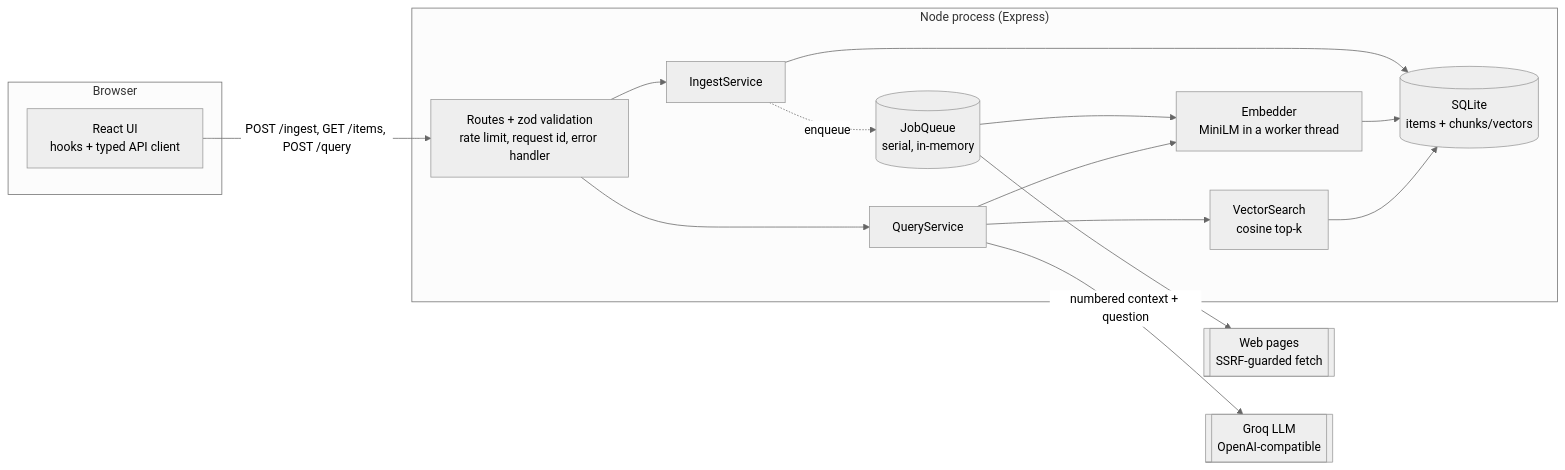
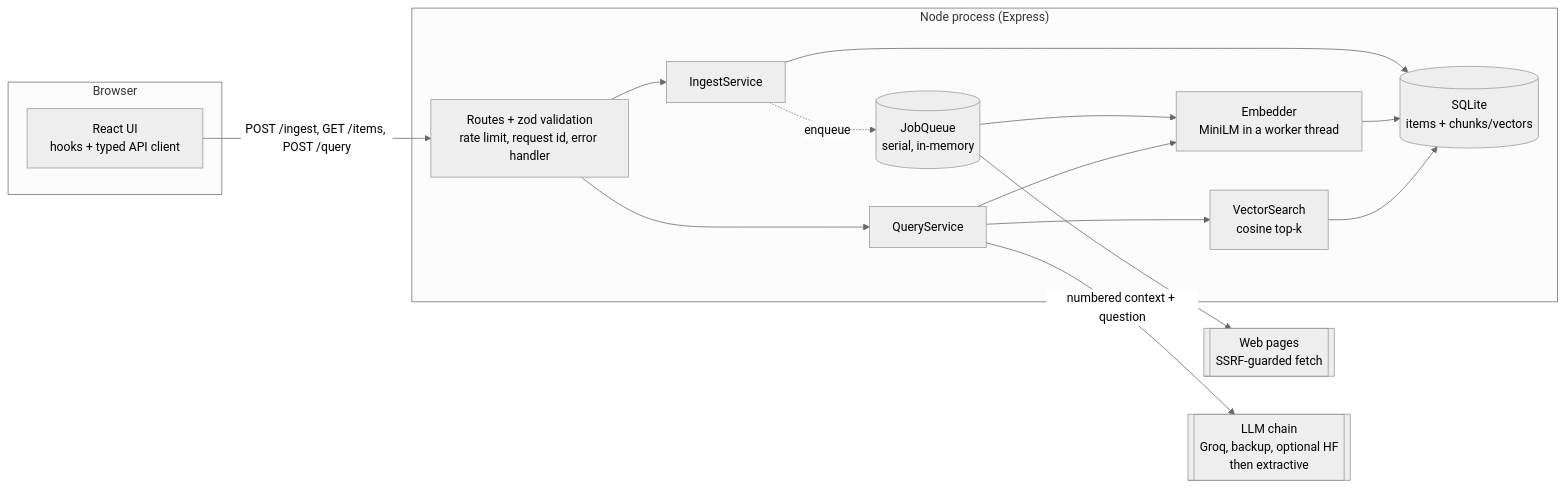
One commit to lokesh9999b/ai-knowledge-inbox changed the first of 3 diagrams in docs/architecture/system-design.md. Above: the diagram before and after it, drawn with Mermaid (neutral theme). The commit also changed other lines of this file and 17 other files, not shown here.

First line of the commit message:
feat: LLM fallback chain with timeouts, shared deadline and circuit breaker (#14)

````diff
--- a/docs/architecture/system-design.md
+++ b/docs/architecture/system-design.md
@@ -19,25 +19,25 @@
 ```mermaid
 flowchart LR
   subgraph Browser
     UI[React UI<br/>hooks + typed API client]
   end
   subgraph "Node process (Express)"
     R[Routes + zod validation<br/>rate limit, request id, error handler]
     I[IngestService]
     Q[QueryService]
     JQ[(JobQueue<br/>serial, in-memory)]
     E[Embedder<br/>MiniLM in a worker thread]
     VS[VectorSearch<br/>cosine top-k]
     DB[(SQLite<br/>items + chunks/vectors)]
   end
   W[[Web pages<br/>SSRF-guarded fetch]]
-  G[[Groq LLM<br/>OpenAI-compatible]]
+  G[[LLM chain<br/>Groq, backup, optional HF<br/>then extractive]]
 
   UI -- "POST /ingest, GET /items, POST /query" --> R
   R --> I --> DB
   I -. enqueue .-> JQ --> W
   JQ --> E --> DB
   R --> Q --> VS --> DB
   Q --> E
   Q -- "numbered context + question" --> G
 ```
````
